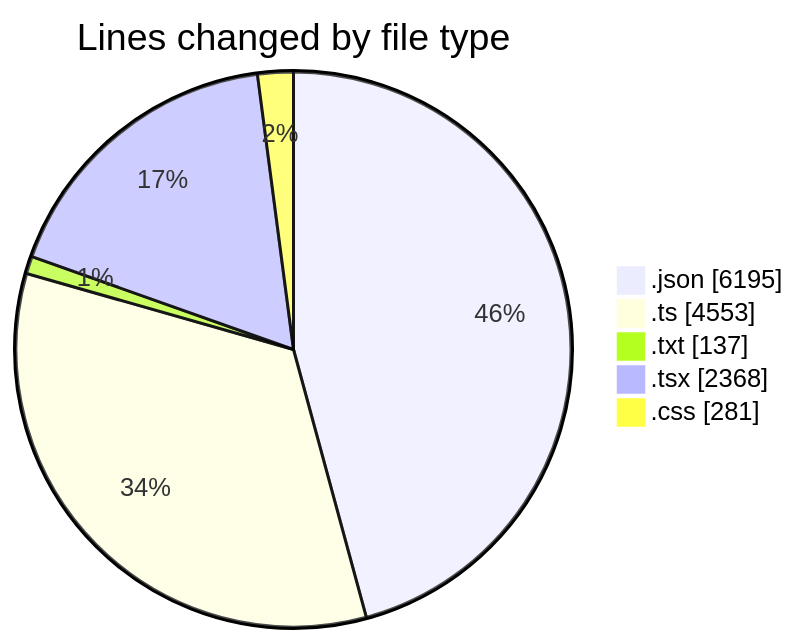
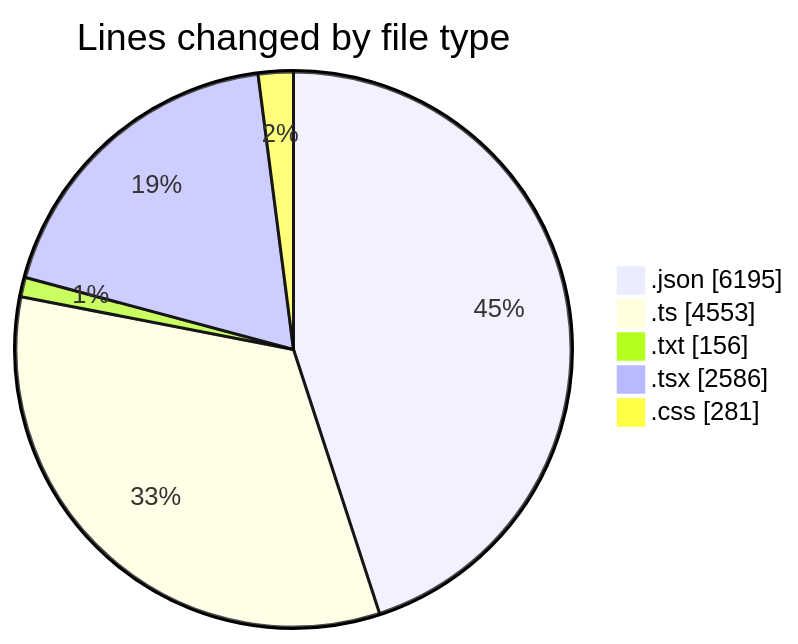
The first of 2 diagrams in 2025-05-27/ecodeli-1/README.md (CELIANVF/code-tracking), drawn with Mermaid before and after one commit. The commit also changed other lines of this file and 1 other file, not shown here.

````diff
--- a/2025-05-27/ecodeli-1/README.md
+++ b/2025-05-27/ecodeli-1/README.md
@@ -33,9 +34,9 @@
 ```mermaid
 pie showData
 title Lines changed by file type
 ".json" : 6195
 ".ts" : 4553
-".txt" : 137
-".tsx" : 2368
+".txt" : 156
+".tsx" : 2586
 ".css" : 281
 ```
````
